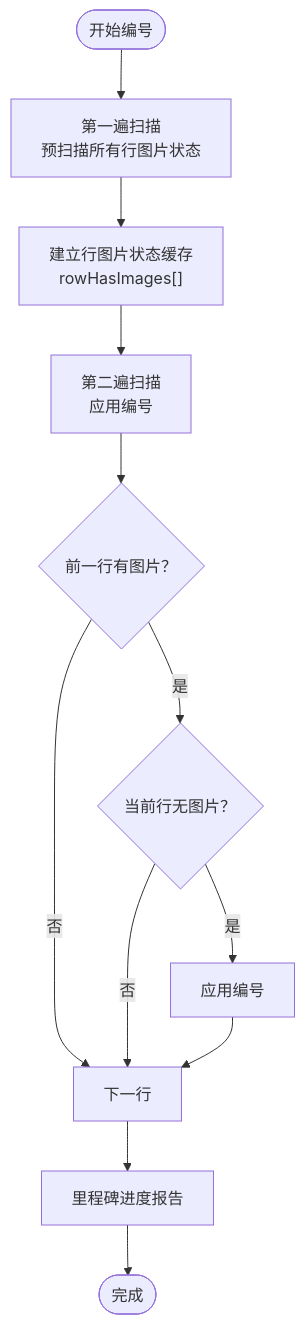
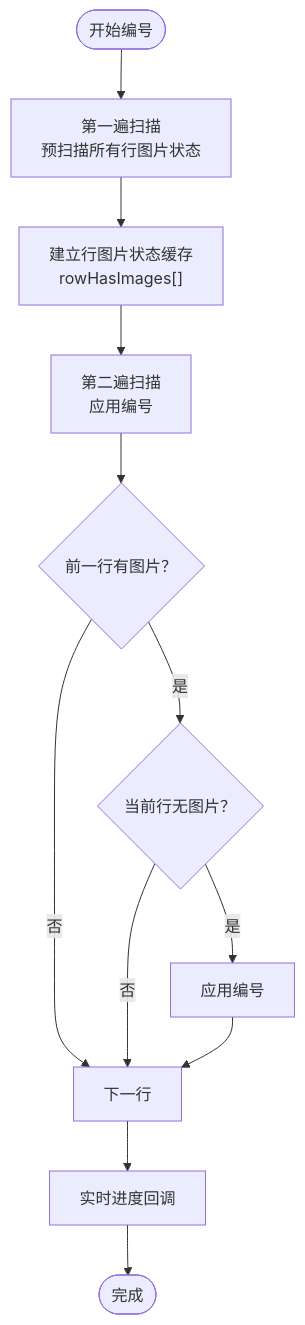
Before and after one commit to rainiva/WordTools: the fifth of 13 diagrams in .qoder/repowiki/zh/content/服务层/表格服务.md, drawn with Mermaid. The commit also changed other lines of this file and 6 other files, not shown here.

First line of the commit message:
perf: 内联编号+扫描优化+行准备加速+图片显示修复

````diff
--- a/.qoder/repowiki/zh/content/服务层/表格服务.md
+++ b/.qoder/repowiki/zh/content/服务层/表格服务.md
@@ -225,14 +261,14 @@
 ```mermaid
 flowchart TD
 Start(["开始编号"]) --> FirstScan["第一遍扫描<br/>预扫描所有行图片状态"]
 FirstScan --> Cache["建立行图片状态缓存<br/>rowHasImages[]"]
 Cache --> SecondScan["第二遍扫描<br/>应用编号"]
 SecondScan --> CheckPrev{"前一行有图片？"}
 CheckPrev --> |是| CheckCurrent{"当前行无图片？"}
 CheckPrev --> |否| NextRow["下一行"]
 CheckCurrent --> |是| ApplyNumber["应用编号"]
 CheckCurrent --> |否| NextRow
 ApplyNumber --> NextRow
-NextRow --> Progress["里程碑进度报告"]
+NextRow --> Progress["实时进度回调"]
 Progress --> End(["完成"])
 ```
````
